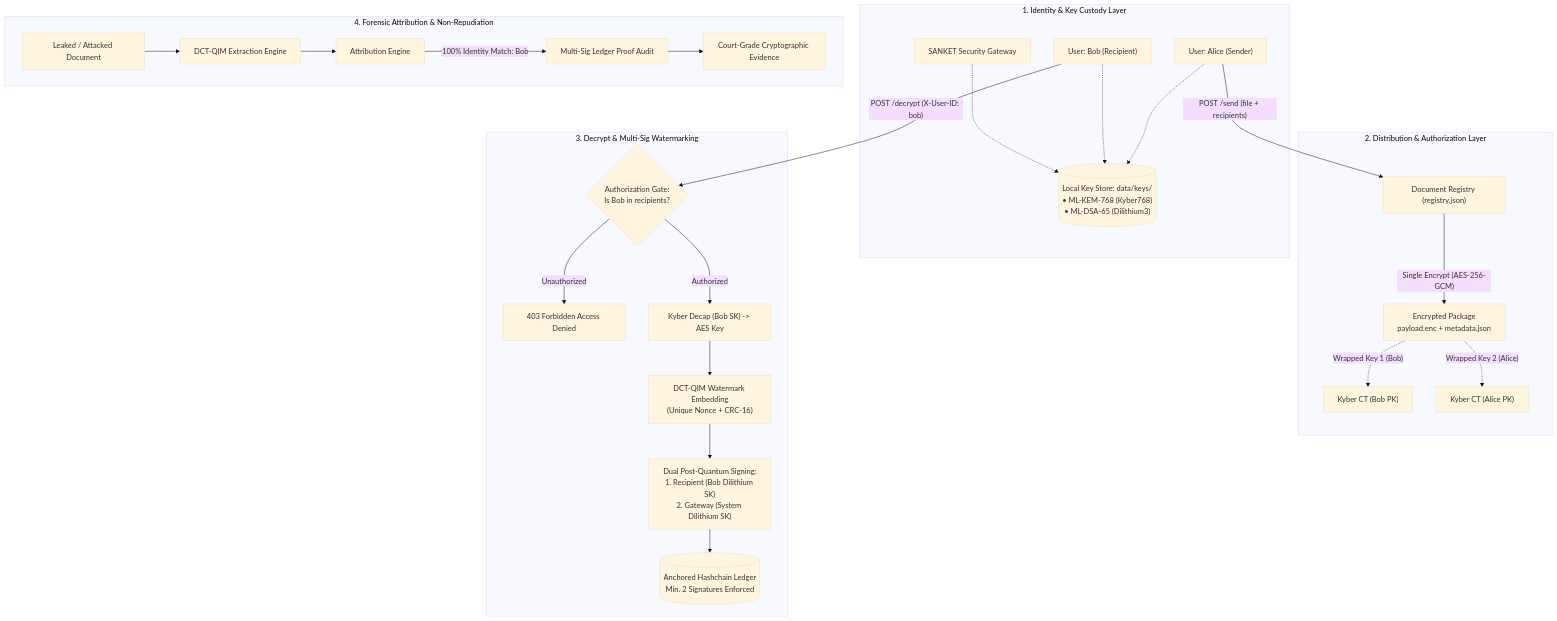
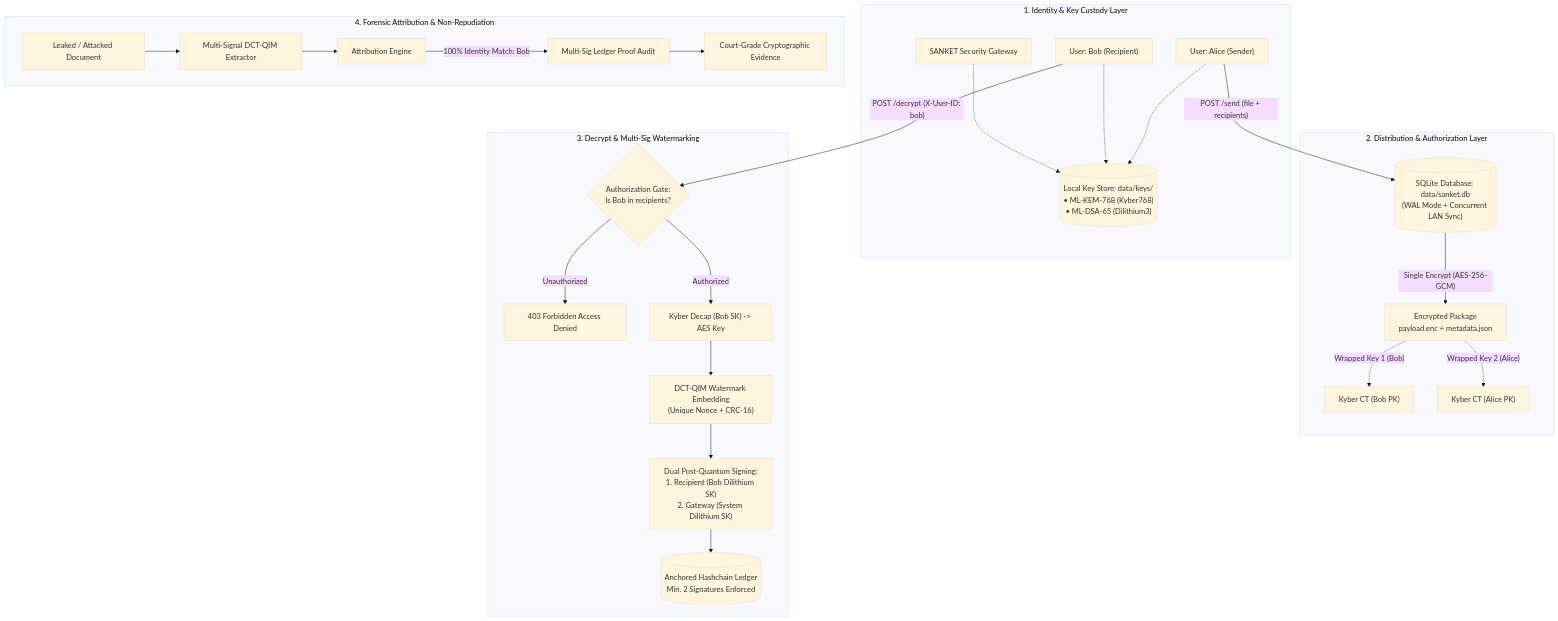
Before and after one commit to SuyashGargote/SANKET: the first of 2 diagrams in README.md, drawn with Mermaid (base theme). The commit also changed other lines of this file, not shown here.

Commit message:
docs(readme): synchronize README with current system state, SQLite WAL layer, LAN host binding, and forensic confidence scoring

````diff
--- a/README.md
+++ b/README.md
@@ -25,35 +26,35 @@
 ```mermaid
 flowchart TD
     subgraph Identity ["1. Identity & Key Custody Layer"]
         U1["User: Alice (Sender)"]
         U2["User: Bob (Recipient)"]
         SYS["SANKET Security Gateway"]
         KSTORE[("Local Key Store: data/keys/<br/>• ML-KEM-768 (Kyber768)<br/>• ML-DSA-65 (Dilithium3)")]
         U1 -.-> KSTORE
         U2 -.-> KSTORE
         SYS -.-> KSTORE
     end
 
     subgraph Distribution ["2. Distribution & Authorization Layer"]
-        U1 -->|"POST /send (file + recipients)"| REG["Document Registry (registry.json)"]
-        REG -->|"Single Encrypt (AES-256-GCM)"| PKG["Encrypted Package<br/>payload.enc + metadata.json"]
+        U1 -->|"POST /send (file + recipients)"| DB[("SQLite Database: data/sanket.db<br/>(WAL Mode + Concurrent LAN Sync)")]
+        DB -->|"Single Encrypt (AES-256-GCM)"| PKG["Encrypted Package<br/>payload.enc + metadata.json"]
         PKG -.->|"Wrapped Key 1 (Bob)"| KEM_B["Kyber CT (Bob PK)"]
         PKG -.->|"Wrapped Key 2 (Alice)"| KEM_A["Kyber CT (Alice PK)"]
     end
 
     subgraph Decrypt ["3. Decrypt & Multi-Sig Watermarking"]
         U2 -->|"POST /decrypt (X-User-ID: bob)"| GATE{"Authorization Gate:<br/>Is Bob in recipients?"}
         GATE -->|"Unauthorized"| DENY["403 Forbidden Access Denied"]
         GATE -->|"Authorized"| UNWRAP["Kyber Decap (Bob SK) -> AES Key"]
         UNWRAP --> DCT["DCT-QIM Watermark Embedding<br/>(Unique Nonce + CRC-16)"]
         DCT --> DUALSIG["Dual Post-Quantum Signing:<br/>1. Recipient (Bob Dilithium SK)<br/>2. Gateway (System Dilithium SK)"]
         DUALSIG --> LEDGER[("Anchored Hashchain Ledger<br/>Min. 2 Signatures Enforced")]
     end
 
     subgraph Forensics ["4. Forensic Attribution & Non-Repudiation"]
-        LEAK["Leaked / Attacked Document"] --> EXTRACT["DCT-QIM Extraction Engine"]
+        LEAK["Leaked / Attacked Document"] --> EXTRACT["Multi-Signal DCT-QIM Extractor"]
         EXTRACT --> MATCH["Attribution Engine"]
         MATCH -->|"100% Identity Match: Bob"| AUDIT["Multi-Sig Ledger Proof Audit"]
         AUDIT --> PROOF["Court-Grade Cryptographic Evidence"]
     end
 ```
````
